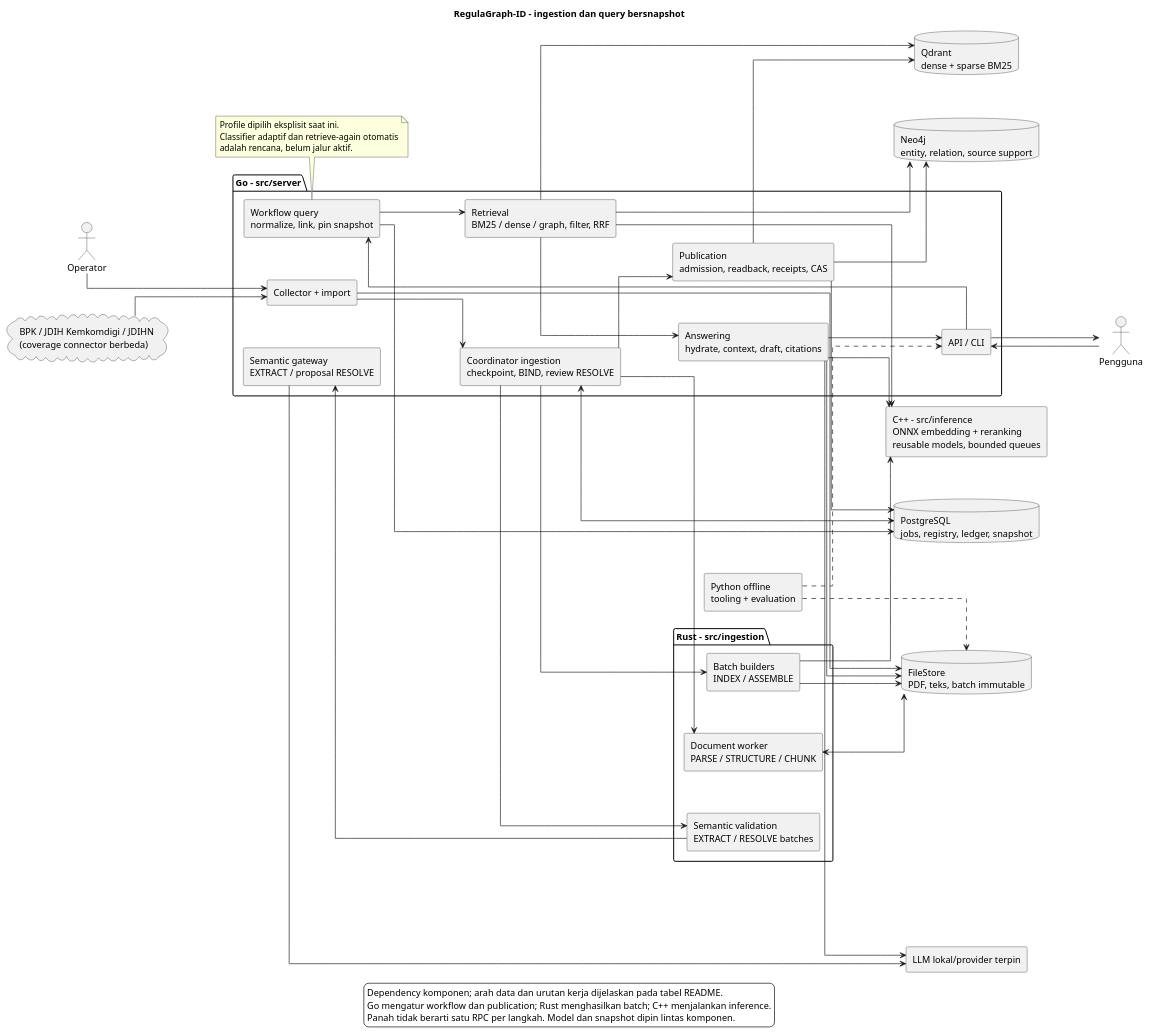
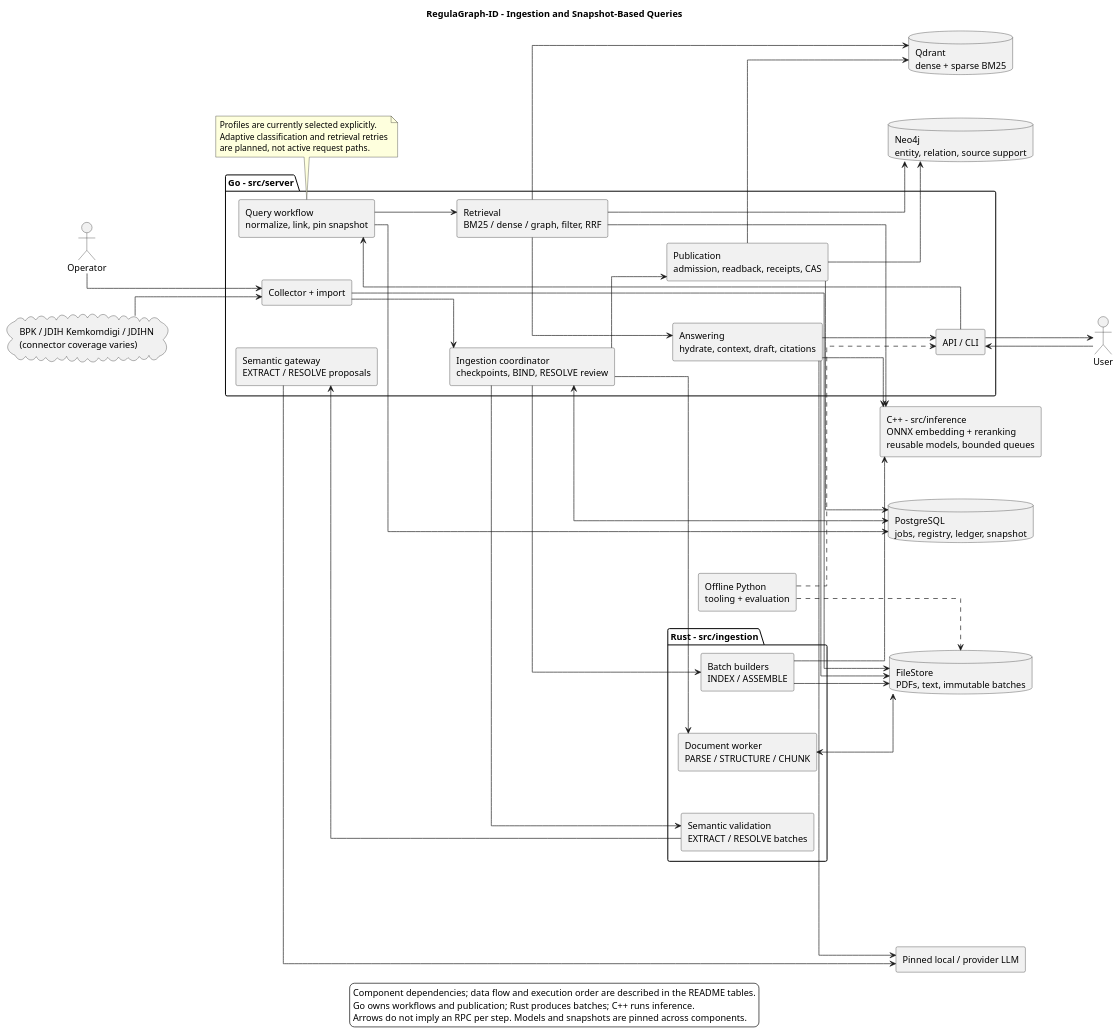
Before and after one commit to WwzFwz/RegulaGraph-ID: the diagram in doc/architecture-overview.puml, drawn with PlantUML. The commit also changed 4 other files, not shown here.

Commit message:
docs(readme): translate project guide and architecture diagrams into English

```diff
--- a/doc/architecture-overview.puml
+++ b/doc/architecture-overview.puml
@@ -3,77 +3,77 @@
 @startuml
 skinparam linetype ortho
 skinparam backgroundColor white
-title RegulaGraph-ID - ingestion dan query bersnapshot
+title RegulaGraph-ID - Ingestion and Snapshot-Based Queries
 left to right direction
 skinparam componentStyle rectangle
 skinparam shadowing false
 skinparam nodesep 65
 skinparam ranksep 80
 actor "Operator" as Operator
-actor "Pengguna" as User
-cloud "BPK / JDIH Kemkomdigi / JDIHN\n(coverage connector berbeda)" as Sources
-database "FileStore\nPDF, teks, batch immutable" as Files
+actor "User" as User
+cloud "BPK / JDIH Kemkomdigi / JDIHN\n(connector coverage varies)" as Sources
+database "FileStore\nPDFs, text, immutable batches" as Files
 database "PostgreSQL\njobs, registry, ledger, snapshot" as PG
 database "Qdrant\ndense + sparse BM25" as QD
 database "Neo4j\nentity, relation, source support" as Neo
-component "LLM lokal/provider terpin" as LLM
+component "Pinned local / provider LLM" as LLM
 package "Go - src/server" {
   component "Collector + import" as Collect
-  component "Coordinator ingestion\ncheckpoint, BIND, review RESOLVE" as Coord
-  component "Semantic gateway\nEXTRACT / proposal RESOLVE" as Semantic
+  component "Ingestion coordinator\ncheckpoints, BIND, RESOLVE review" as Coord
+  component "Semantic gateway\nEXTRACT / RESOLVE proposals" as Semantic
   component "Publication\nadmission, readback, receipts, CAS" as Publish
   component "API / CLI" as API
-  component "Workflow query\nnormalize, link, pin snapshot" as Query
+  component "Query workflow\nnormalize, link, pin snapshot" as Query
   component "Retrieval\nBM25 / dense / graph, filter, RRF" as Retrieve
   component "Answering\nhydrate, context, draft, citations" as Answer
 }
 package "Rust - src/ingestion" {
   component "Document worker\nPARSE / STRUCTURE / CHUNK" as Document
   component "Semantic validation\nEXTRACT / RESOLVE batches" as Validate
   component "Batch builders\nINDEX / ASSEMBLE" as Builders
 }
 component "C++ - src/inference\nONNX embedding + reranking\nreusable models, bounded queues" as Native
-component "Python offline\ntooling + evaluation" as Offline
+component "Offline Python\ntooling + evaluation" as Offline
 Operator --> Collect
 Sources --> Collect
 Collect --> Files
 Collect --> Coord
 Coord <--> PG
 Coord --> Document
 Document <--> Files
 Coord --> Validate
 Validate --> Semantic
 Semantic --> LLM
 Coord --> Builders
 Builders --> Native
 Builders --> Files
 Coord --> Publish
 Publish --> QD
 Publish --> Neo
 Publish --> PG
 User --> API
 API --> Query
 Query --> PG
 Query --> Retrieve
 Retrieve --> Native
 Retrieve --> QD
 Retrieve --> Neo
 Retrieve --> Answer
 Answer --> Files
 Answer --> Native
 Answer --> LLM
 Answer --> API
 API --> User
 Offline ..> Files
 Offline ..> API
 note bottom of Query
-Profile dipilih eksplisit saat ini.
-Classifier adaptif dan retrieve-again otomatis
-adalah rencana, belum jalur aktif.
+Profiles are currently selected explicitly.
+Adaptive classification and retrieval retries
+are planned, not active request paths.
 end note
 legend bottom
-  Dependency komponen; arah data dan urutan kerja dijelaskan pada tabel README.
-  Go mengatur workflow dan publication; Rust menghasilkan batch; C++ menjalankan inference.
-  Panah tidak berarti satu RPC per langkah. Model dan snapshot dipin lintas komponen.
+  Component dependencies; data flow and execution order are described in the README tables.
+  Go owns workflows and publication; Rust produces batches; C++ runs inference.
+  Arrows do not imply an RPC per step. Models and snapshots are pinned across components.
 endlegend
 @enduml
```
